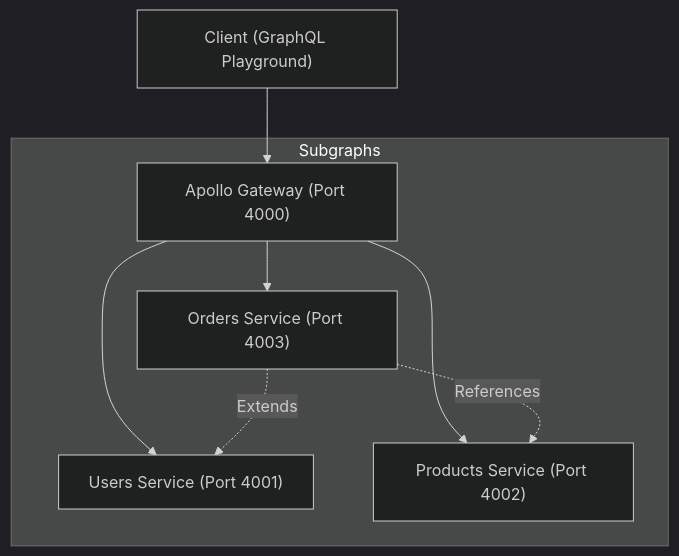
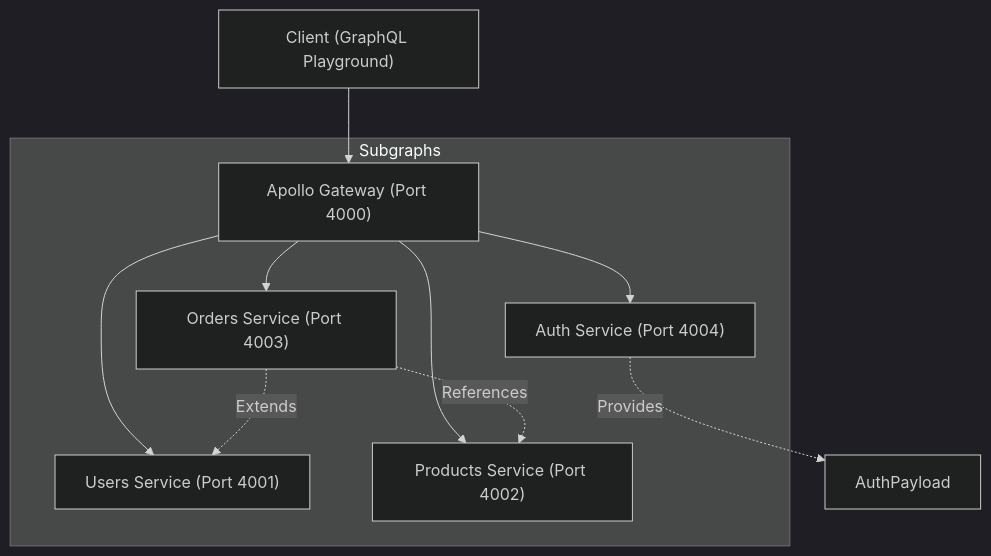
One commit to Erislandio/nestjs.graphql-federation-example changed the diagram in README.md. Above: the diagram before and after it, drawn with Mermaid (dark theme). The commit also changed other lines of this file and 19 other files, not shown here.

Commit message:
feat: add auth service with graphql federation and update documentation

````diff
--- a/README.md
+++ b/README.md
@@ -7,13 +7,15 @@
 ```mermaid
 graph TD
     Client["Client (GraphQL Playground)"] --> Gateway["Apollo Gateway (Port 4000)"]
 
     subgraph "Subgraphs"
         Gateway --> Users["Users Service (Port 4001)"]
         Gateway --> Products["Products Service (Port 4002)"]
         Gateway --> Orders["Orders Service (Port 4003)"]
+        Gateway --> Auth["Auth Service (Port 4004)"]
     end
 
     Orders -.->|Extends| Users
     Orders -.->|References| Products
+    Auth -.->|Provides| AuthPayload
 ```
````
